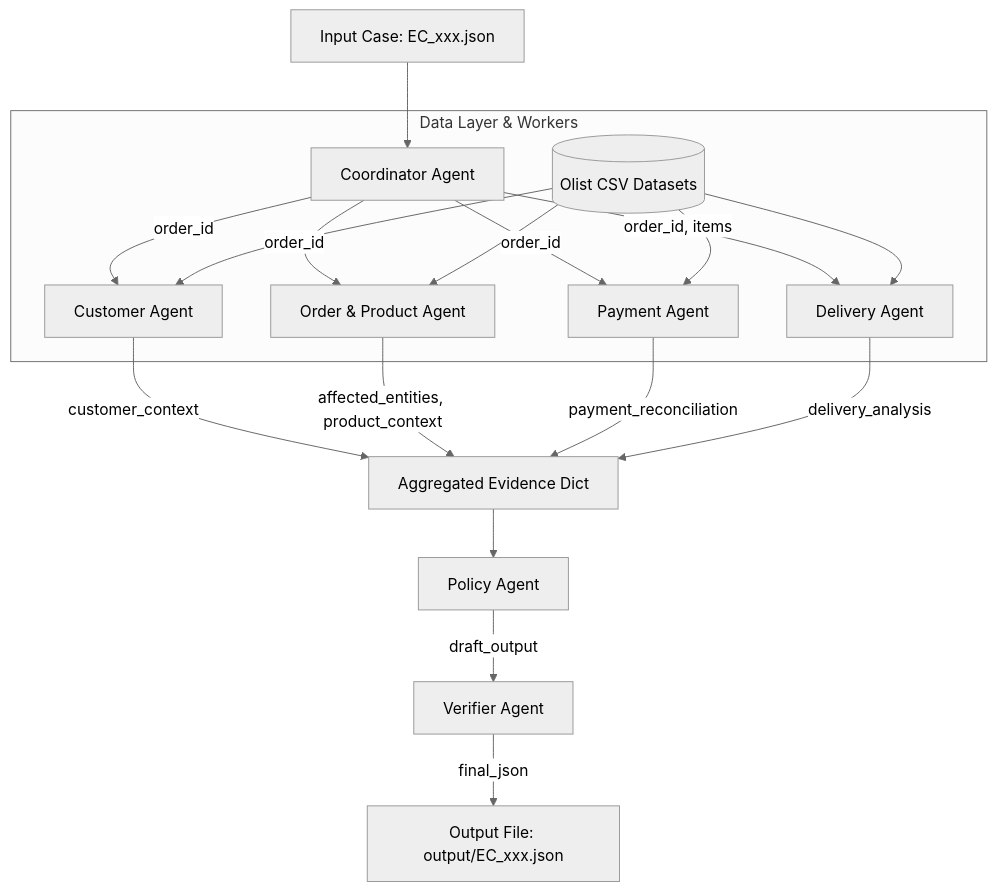
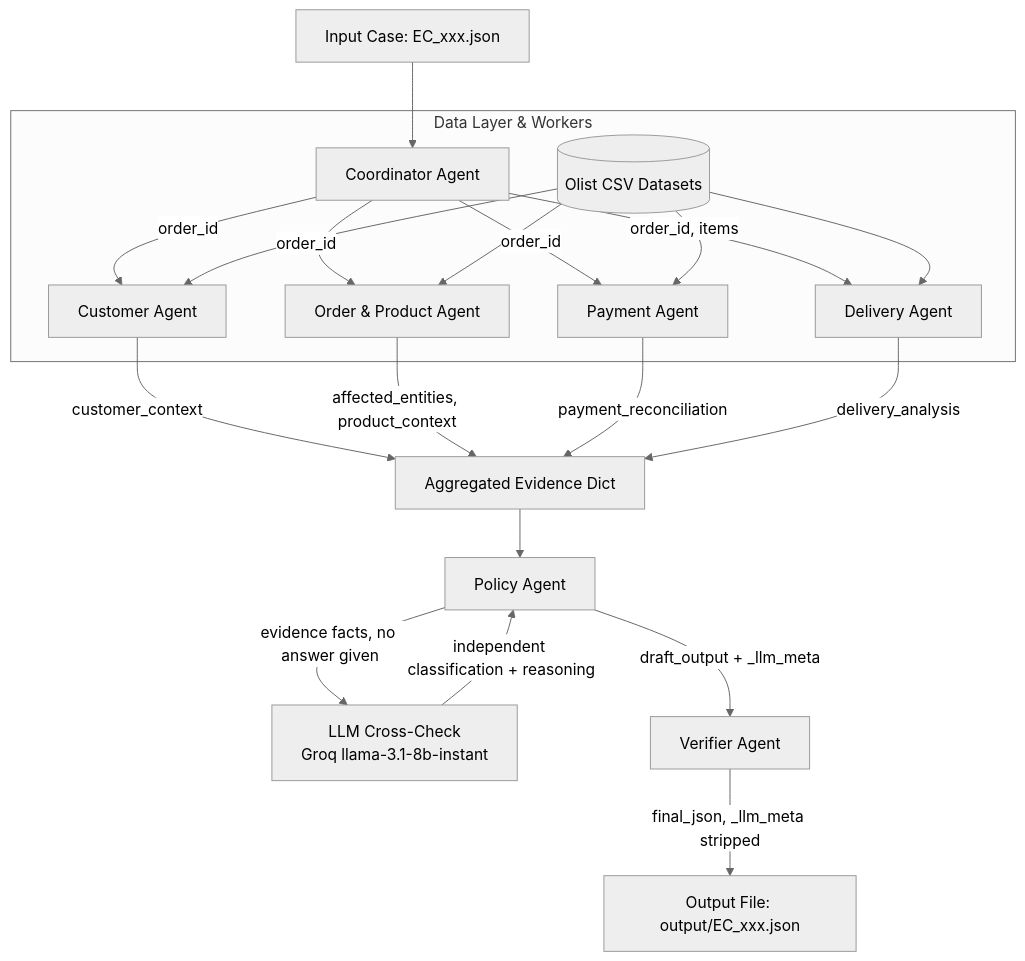
Before and after one commit to HwanNorm/K4-Day9-Multi-Agent-A2A: the diagram in architecture.md, drawn with Mermaid (neutral theme). The commit also changed other lines of this file and 59 other files, not shown here.

First line of the commit message:
Wire real LLM into Policy Agent and fix category_names translation bug

````diff
--- a/architecture.md
+++ b/architecture.md
@@ -7,25 +7,27 @@
 ```mermaid
 flowchart TD
     Input[Input Case: EC_xxx.json] --> Supervisor[Coordinator Agent]
     
     subgraph Data Layer & Workers
         Supervisor -->|order_id| W1[Customer Agent]
         Supervisor -->|order_id| W2[Order & Product Agent]
         Supervisor -->|order_id| W3[Payment Agent]
         Supervisor -->|order_id, items| W4[Delivery Agent]
         
         CSV[(Olist CSV Datasets)] --> W1
         CSV --> W2
         CSV --> W3
         CSV --> W4
     end
 
     W1 -->|customer_context| Evidence[Aggregated Evidence Dict]
     W2 -->|affected_entities, product_context| Evidence
     W3 -->|payment_reconciliation| Evidence
     W4 -->|delivery_analysis| Evidence
 
     Evidence --> Policy[Policy Agent]
-    Policy -->|draft_output| Verifier[Verifier Agent]
-    Verifier -->|final_json| Output[Output File: output/EC_xxx.json]
+    Policy -->|evidence facts, no answer given| LLM[LLM Cross-Check<br/>Groq llama-3.1-8b-instant]
+    LLM -->|independent classification + reasoning| Policy
+    Policy -->|draft_output + _llm_meta| Verifier[Verifier Agent]
+    Verifier -->|final_json, _llm_meta stripped| Output[Output File: output/EC_xxx.json]
 ```
````
